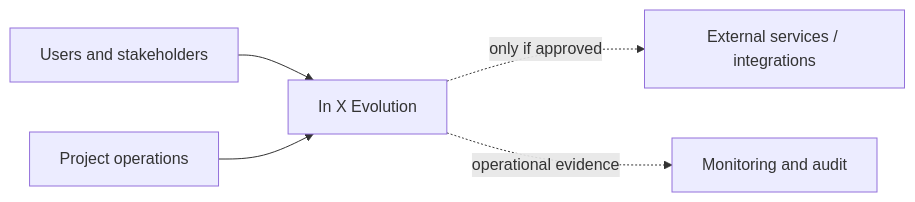
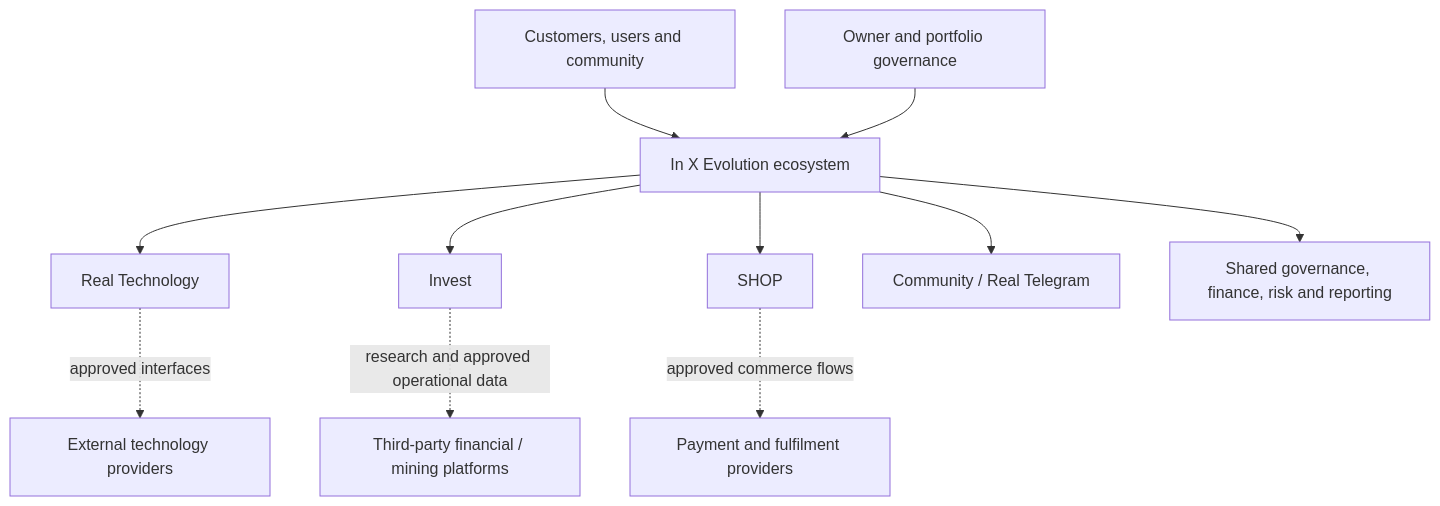
One commit to inxevolution/inxevolutionrealtech changed the first of 2 diagrams in docs/ARCHITECTURE.md. Above: the diagram before and after it, drawn with Mermaid. The commit also changed other lines of this file, not shown here.

Commit message:
docs: align In X Evolution architecture with portfolio model

````diff
--- a/docs/ARCHITECTURE.md
+++ b/docs/ARCHITECTURE.md
@@ -30,7 +30,13 @@
 ```mermaid
-flowchart LR
-    U[Users and stakeholders] --> X[In X Evolution]
-    O[Project operations] --> X
-    X -. only if approved .-> E[External services / integrations]
-    X -. operational evidence .-> M[Monitoring and audit]
+flowchart TB
+    U[Customers, users and community] --> X[In X Evolution ecosystem]
+    O[Owner and portfolio governance] --> X
+    X --> RT[Real Technology]
+    X --> IV[Invest]
+    X --> SH[SHOP]
+    X --> CM[Community / Real Telegram]
+    RT -. approved interfaces .-> EXT[External technology providers]
+    IV -. research and approved operational data .-> FIN[Third-party financial / mining platforms]
+    SH -. approved commerce flows .-> PAY[Payment and fulfilment providers]
+    X --> GOV[Shared governance, finance, risk and reporting]
 ```
````
